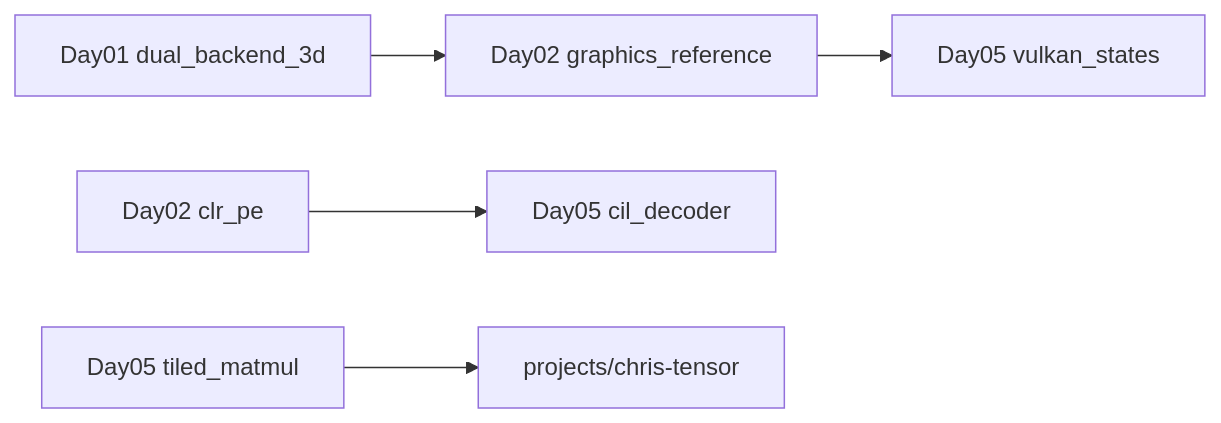
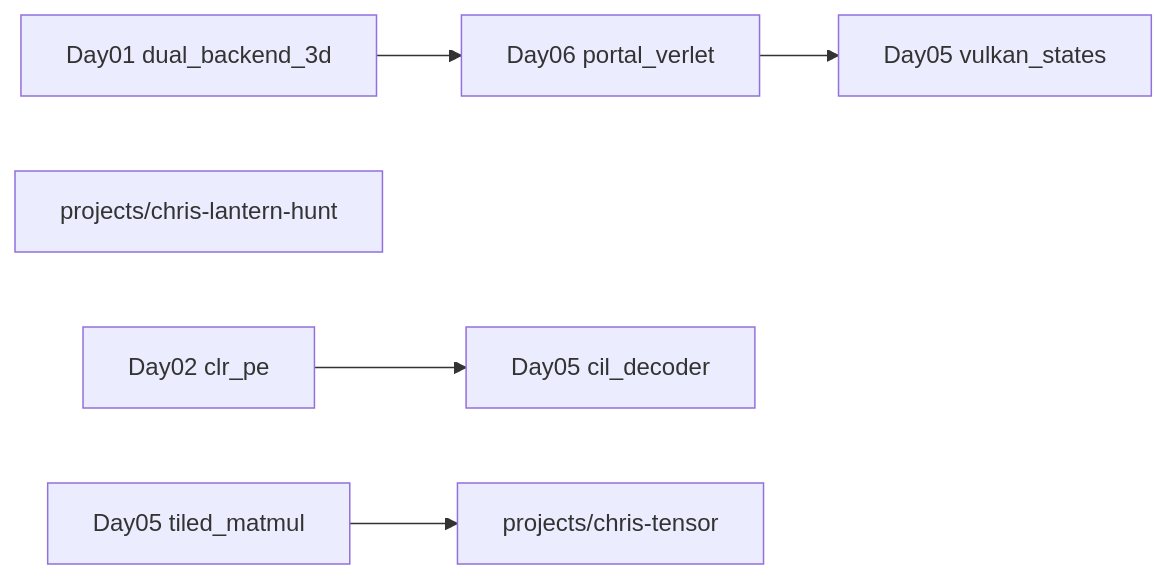
Before and after one commit to christianrss/chris-low-level: the sixth of 7 diagrams in docs/LEARNING_PATHS.md, drawn with Mermaid. The commit also changed other lines of this file and 904 other files, not shown here.

````diff
--- a/docs/LEARNING_PATHS.md
+++ b/docs/LEARNING_PATHS.md
@@ -102,7 +102,8 @@
 ```mermaid
 flowchart LR
-  gfx[Day01 dual_backend_3d] --> os[Day02 graphics_reference]
-  os --> vk[Day05 vulkan_states]
+  gfx[Day01 dual_backend_3d] --> portal[Day06 portal_verlet]
+  portal --> vk[Day05 vulkan_states]
+  hunt[projects/chris-lantern-hunt]
   clr[Day02 clr_pe] --> cil[Day05 cil_decoder]
   matmul[Day05 tiled_matmul] --> capstone[projects/chris-tensor]
 ```
````
